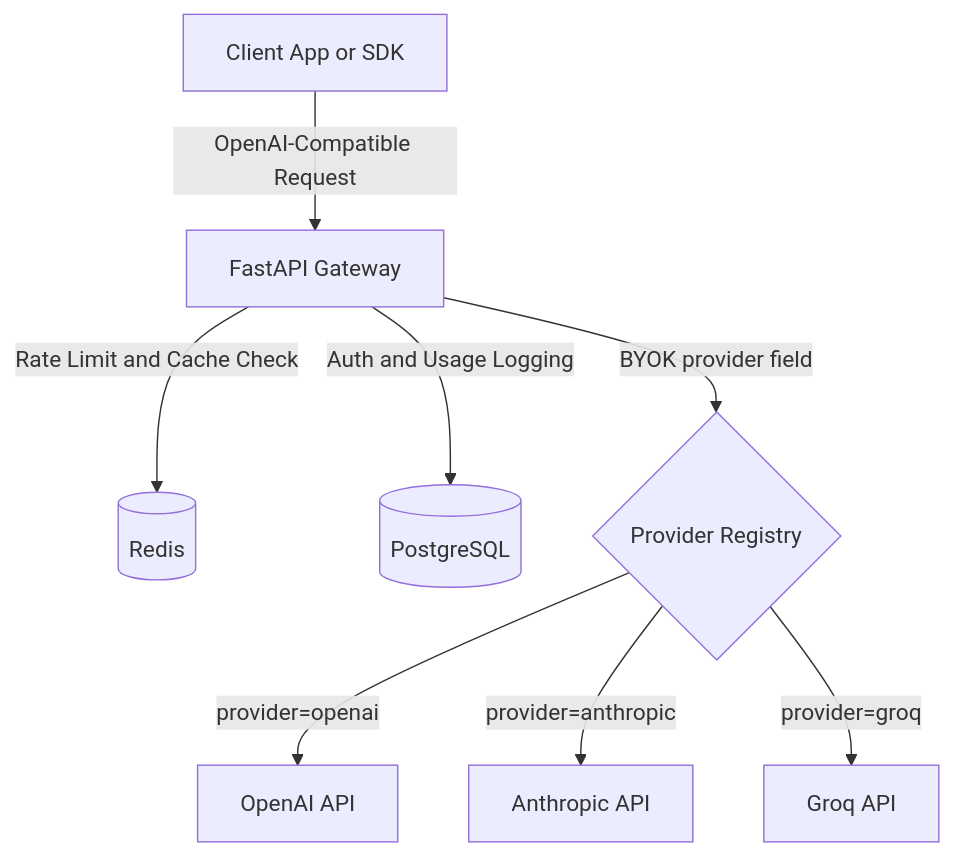
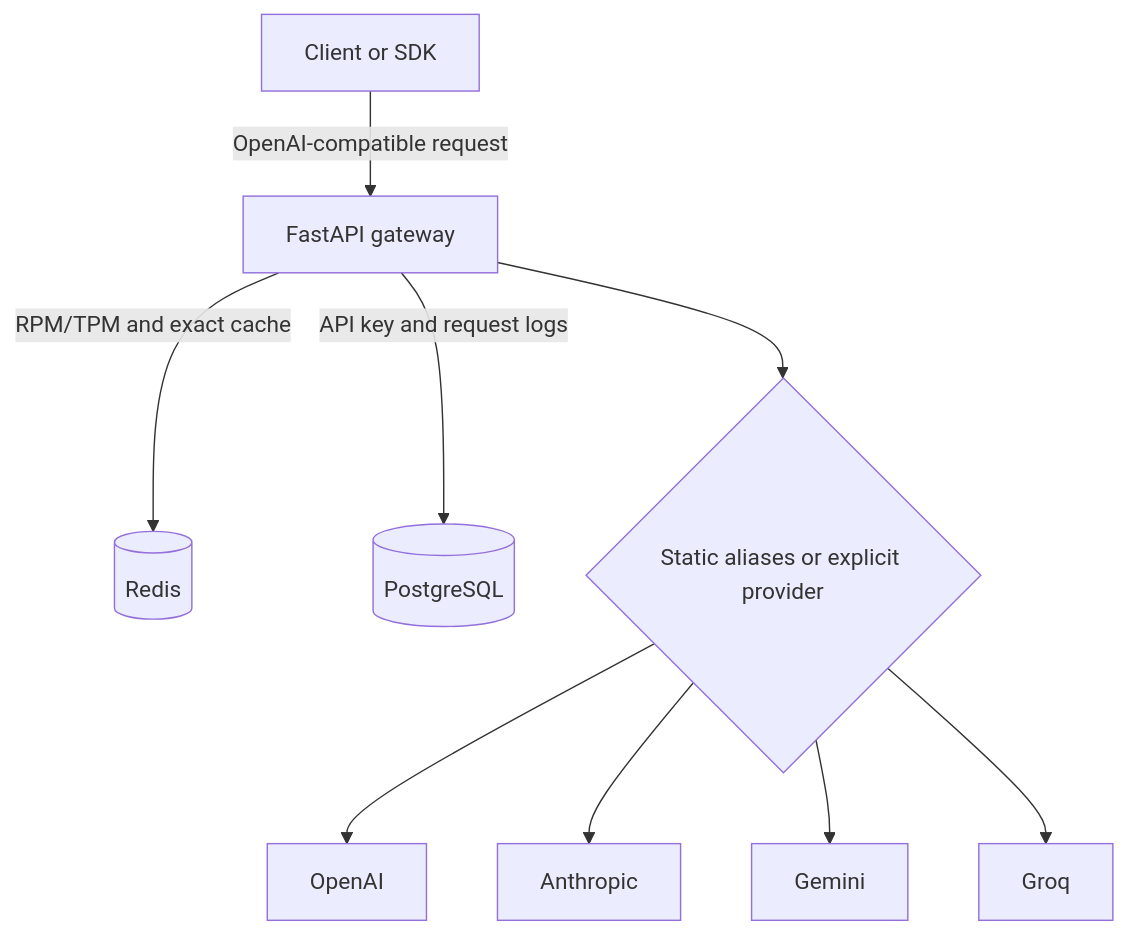
Before and after one commit to rahuljtom/llm-inference-gateway: the diagram in README.md, drawn with Mermaid. The commit also changed other lines of this file and 3 other files, not shown here.

````diff
--- a/README.md
+++ b/README.md
@@ -44,13 +31,11 @@
 ```mermaid
 graph TD
-    Client[Client App or SDK] -->|OpenAI-Compatible Request| Gateway[FastAPI Gateway]
-
-    Gateway -->|Rate Limit and Cache Check| Redis[(Redis)]
-    Gateway -->|Auth and Usage Logging| Postgres[(PostgreSQL)]
-
-    Gateway -->|BYOK provider field| Router{Provider Registry}
-
-    Router -->|provider=openai| OpenAI[OpenAI API]
-    Router -->|provider=anthropic| Anthropic[Anthropic API]
-    Router -->|provider=groq| Groq[Groq API]
+    Client[Client or SDK] -->|OpenAI-compatible request| Gateway[FastAPI gateway]
+    Gateway -->|RPM/TPM and exact cache| Redis[(Redis)]
+    Gateway -->|API key and request logs| Postgres[(PostgreSQL)]
+    Gateway --> Router{Static aliases or explicit provider}
+    Router --> OpenAI[OpenAI]
+    Router --> Anthropic[Anthropic]
+    Router --> Gemini[Gemini]
+    Router --> Groq[Groq]
 ```
````
